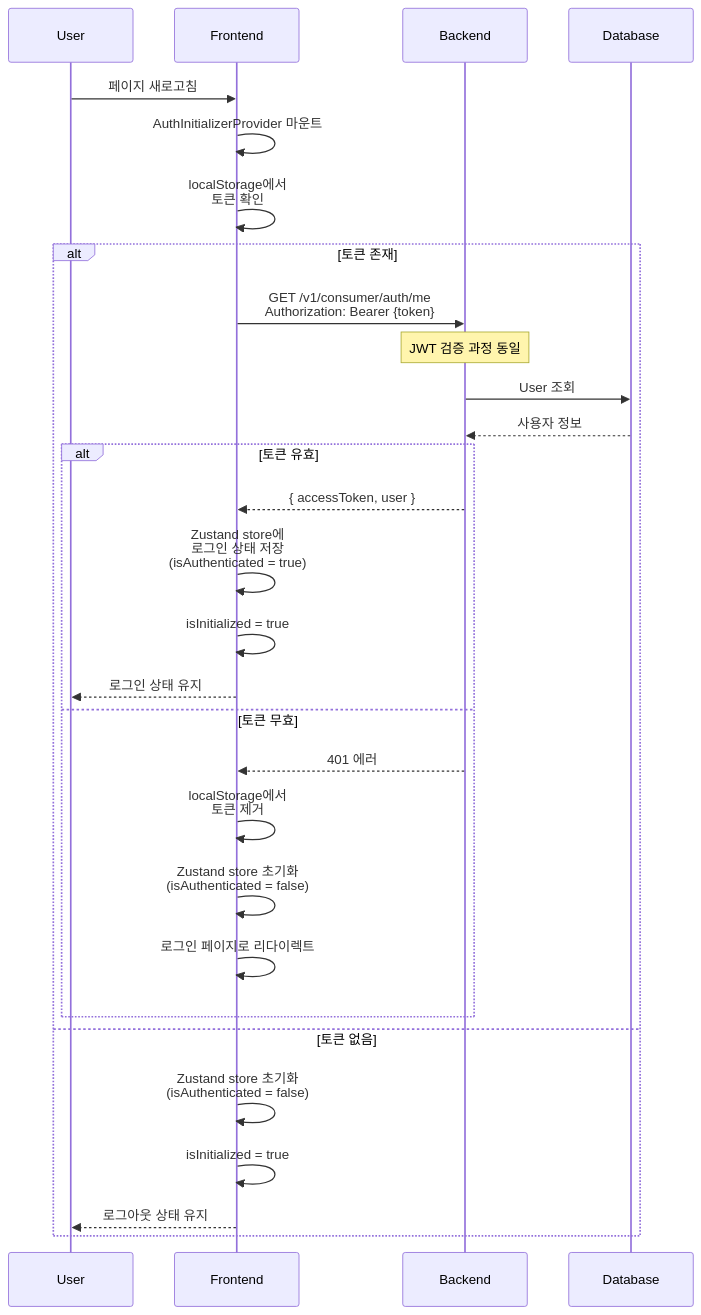
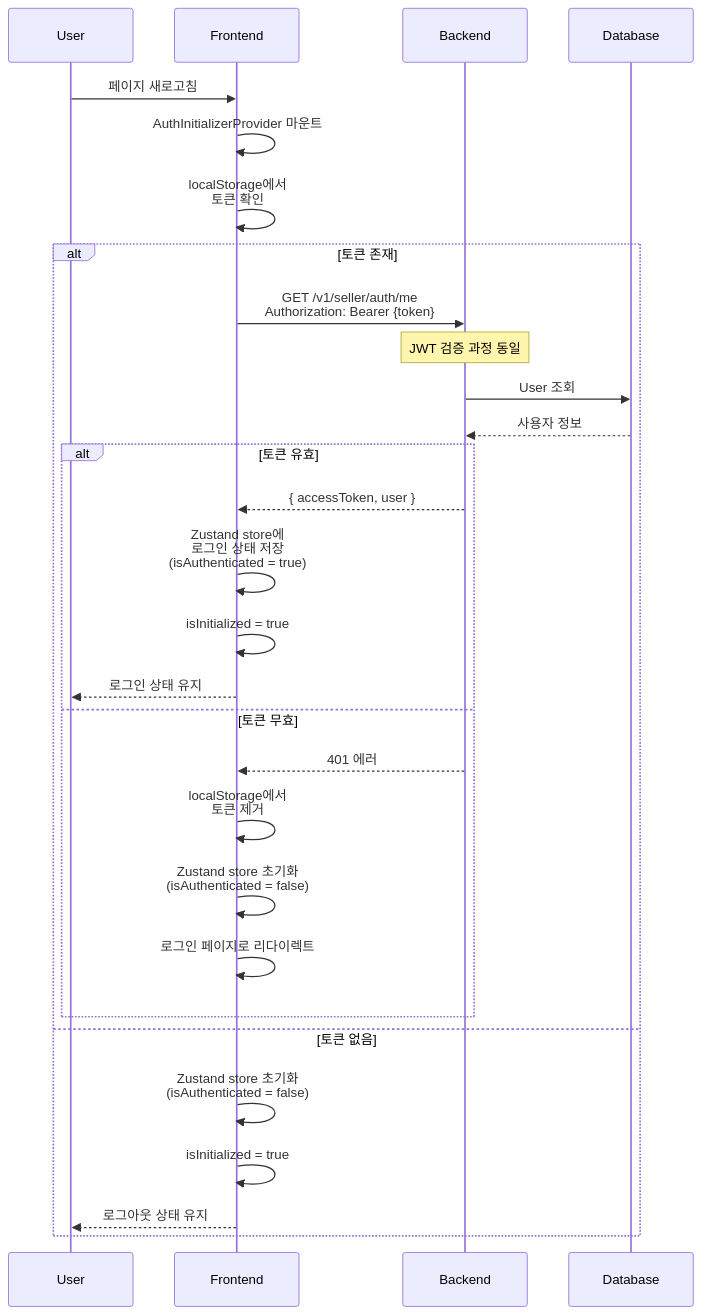
Before and after one commit to ServicePlayground/picake: the third of 5 diagrams in docs/common/feature/판매자 인증.md, drawn with Mermaid. The commit also changed other lines of this file and 17 other files, not shown here.

````diff
--- a/docs/common/feature/판매자 인증.md
+++ b/docs/common/feature/판매자 인증.md
@@ -103,36 +96,36 @@
 ```mermaid
 sequenceDiagram
     participant U as User
     participant F as Frontend
     participant B as Backend
     participant DB as Database
 
     U->>F: 페이지 새로고침
 
     F->>F: AuthInitializerProvider 마운트
     F->>F: localStorage에서<br/>토큰 확인
 
     alt 토큰 존재
-        F->>B: GET /v1/consumer/auth/me<br/>Authorization: Bearer {token}
+        F->>B: GET /v1/seller/auth/me<br/>Authorization: Bearer {token}
 
         Note over B: JWT 검증 과정 동일
         B->>DB: User 조회
         DB-->>B: 사용자 정보
 
         alt 토큰 유효
             B-->>F: { accessToken, user }
             F->>F: Zustand store에<br/>로그인 상태 저장<br/>(isAuthenticated = true)
             F->>F: isInitialized = true
             F-->>U: 로그인 상태 유지
         else 토큰 무효
             B-->>F: 401 에러
             F->>F: localStorage에서<br/>토큰 제거
             F->>F: Zustand store 초기화<br/>(isAuthenticated = false)
             F->>F: 로그인 페이지로 리다이렉트
         end
     else 토큰 없음
         F->>F: Zustand store 초기화<br/>(isAuthenticated = false)
         F->>F: isInitialized = true
         F-->>U: 로그아웃 상태 유지
     end
 ```
````
